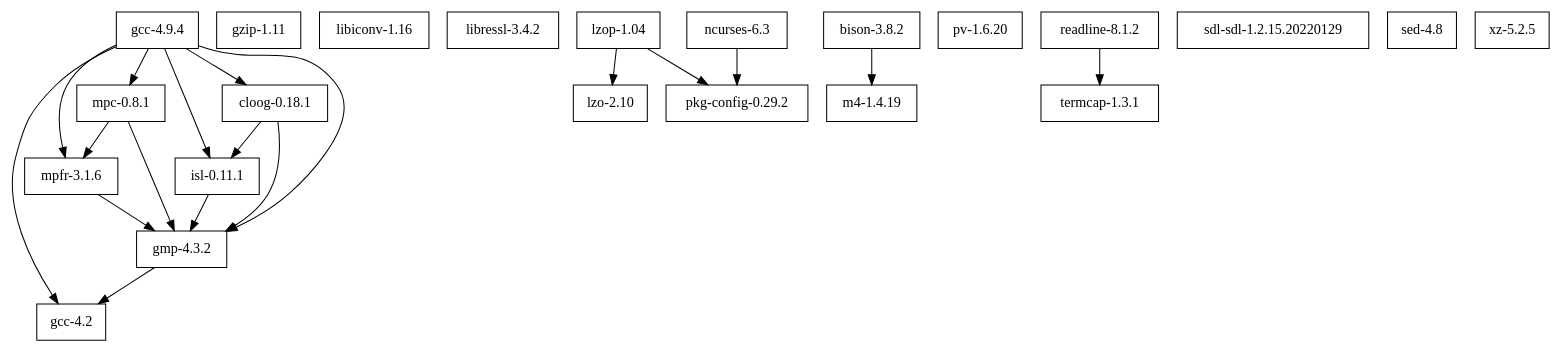
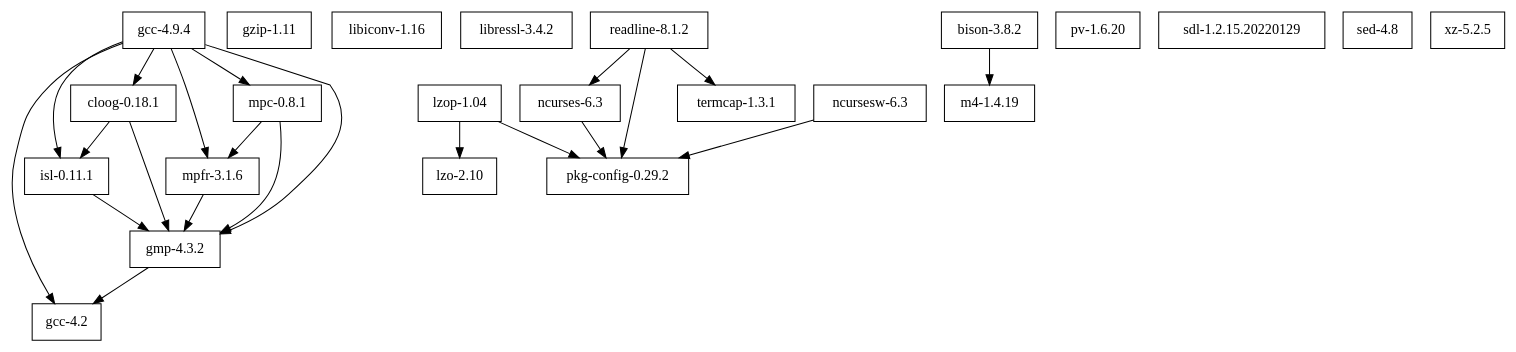
One commit to cellularmitosis/leopard.sh changed the diagram in leopardsh/deps/dependencies.dot. Above: the diagram before and after it, drawn with Graphviz. The commit also changed 16 other files, not shown here.

Commit message:
separate packages for ncurses and ncursesw

```diff
--- a/leopardsh/deps/dependencies.dot
+++ b/leopardsh/deps/dependencies.dot
@@ -1,43 +1,46 @@
 digraph mygraph {
 node [shape=box];
 
 "gcc-4.2"
 "gzip-1.11"
 "libiconv-1.16"
 "libressl-3.4.2"
 "lzo-2.10"
+"ncurses-6.3"
+"ncursesw-6.3"
 "m4-1.4.19"
 "pkg-config-0.29.2"
-"ncurses-6.3"
 "pv-1.6.20"
 "readline-8.1.2"
-"sdl-sdl-1.2.15.20220129"
+"sdl-1.2.15.20220129"
 "sed-4.8"
 "termcap-1.3.1"
 "xz-5.2.5"
 
 "bison-3.8.2" -> "m4-1.4.19"
 "gmp-4.3.2" -> "gcc-4.2"
 "lzop-1.04" -> "lzo-2.10"
 "lzop-1.04" -> "pkg-config-0.29.2"
 "ncurses-6.3" -> "pkg-config-0.29.2"
+"ncursesw-6.3" -> "pkg-config-0.29.2"
+"readline-8.1.2" -> "ncurses-6.3"
+"readline-8.1.2" -> "pkg-config-0.29.2"
 "readline-8.1.2" -> "termcap-1.3.1"
 
+"isl-0.11.1" -> "gmp-4.3.2"
 "mpfr-3.1.6" -> "gmp-4.3.2"
-"isl-0.11.1" -> "gmp-4.3.2"
 
 "mpc-0.8.1" -> "gmp-4.3.2"
 "mpc-0.8.1" -> "mpfr-3.1.6"
 
 "cloog-0.18.1" -> "gmp-4.3.2"
 "cloog-0.18.1" -> "isl-0.11.1"
 
+"gcc-4.9.4" -> "cloog-0.18.1"
 "gcc-4.9.4" -> "gcc-4.2"
 "gcc-4.9.4" -> "gmp-4.3.2"
+"gcc-4.9.4" -> "isl-0.11.1"
+"gcc-4.9.4" -> "mpc-0.8.1"
 "gcc-4.9.4" -> "mpfr-3.1.6"
-"gcc-4.9.4" -> "mpc-0.8.1"
-"gcc-4.9.4" -> "isl-0.11.1"
-"gcc-4.9.4" -> "cloog-0.18.1"
-
 
 }
```
